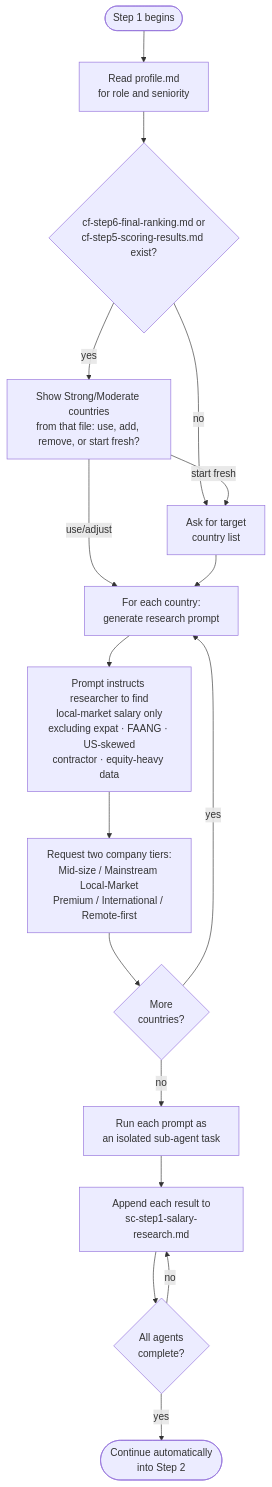
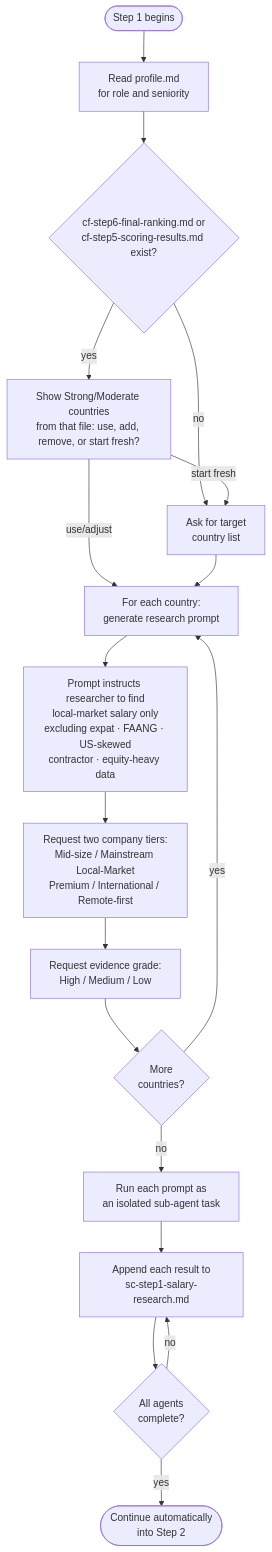
Before and after one commit to myowinthein/agent-compass: the diagram in docs/commands/salary-calculator/step1-research-prompt-generator.md, drawn with Mermaid. The commit also changed other lines of this file and 24 other files, not shown here.

````diff
--- a/docs/commands/salary-calculator/step1-research-prompt-generator.md
+++ b/docs/commands/salary-calculator/step1-research-prompt-generator.md
@@ -14,19 +14,20 @@
 ```mermaid
 flowchart TD
   Start([Step 1 begins]) --> ReadProfile[Read profile.md\nfor role and seniority]
   ReadProfile --> CFCheck{cf-step6-final-ranking.md or\ncf-step5-scoring-results.md exist?}
   CFCheck -->|yes| Offer[Show Strong/Moderate countries\nfrom that file: use, add, remove, or start fresh?]
   CFCheck -->|no| AskList[Ask for target\ncountry list]
   Offer -->|start fresh| AskList
   Offer -->|use/adjust| ForEach
   AskList --> ForEach[For each country:\ngenerate research prompt]
   ForEach --> Prompt[Prompt instructs researcher to find\nlocal-market salary only\nexcluding expat · FAANG · US-skewed\ncontractor · equity-heavy data]
   Prompt --> Tiers[Request two company tiers:\nMid-size / Mainstream Local-Market\nPremium / International / Remote-first]
-  Tiers --> More{More\ncountries?}
+  Tiers --> Grade[Request evidence grade:\nHigh / Medium / Low]
+  Grade --> More{More\ncountries?}
   More -->|yes| ForEach
   More -->|no| Agents[Run each prompt as\nan isolated sub-agent task]
   Agents --> Append[Append each result to\nsc-step1-salary-research.md]
   Append --> AllDone{All agents\ncomplete?}
   AllDone -->|no| Append
   AllDone -->|yes| Done([Continue automatically\ninto Step 2])
 ```
````
